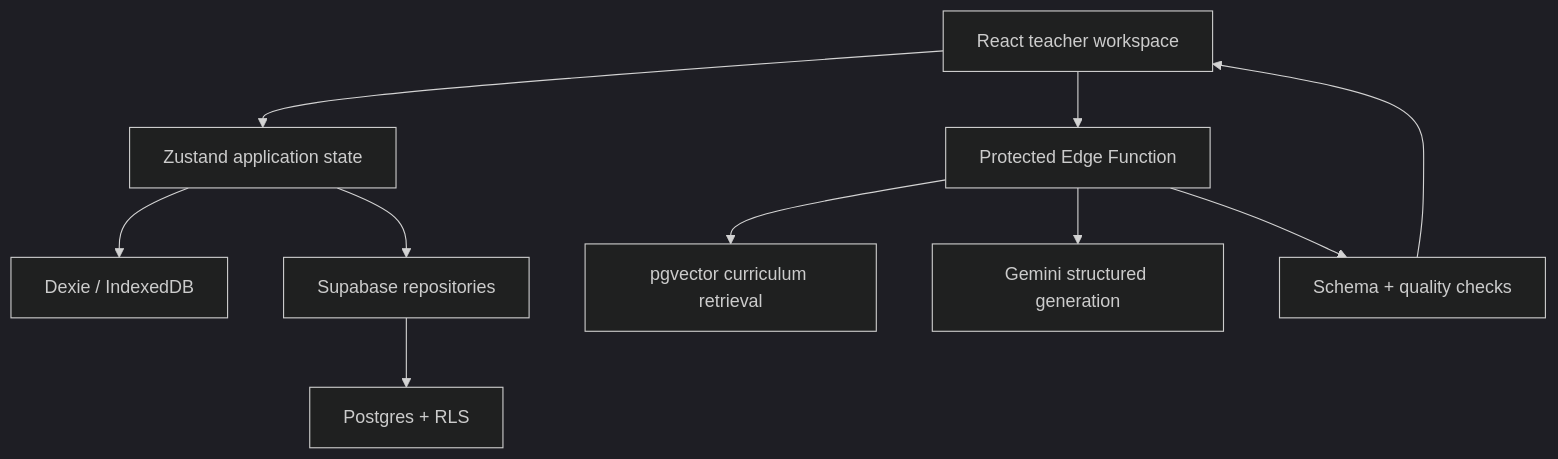
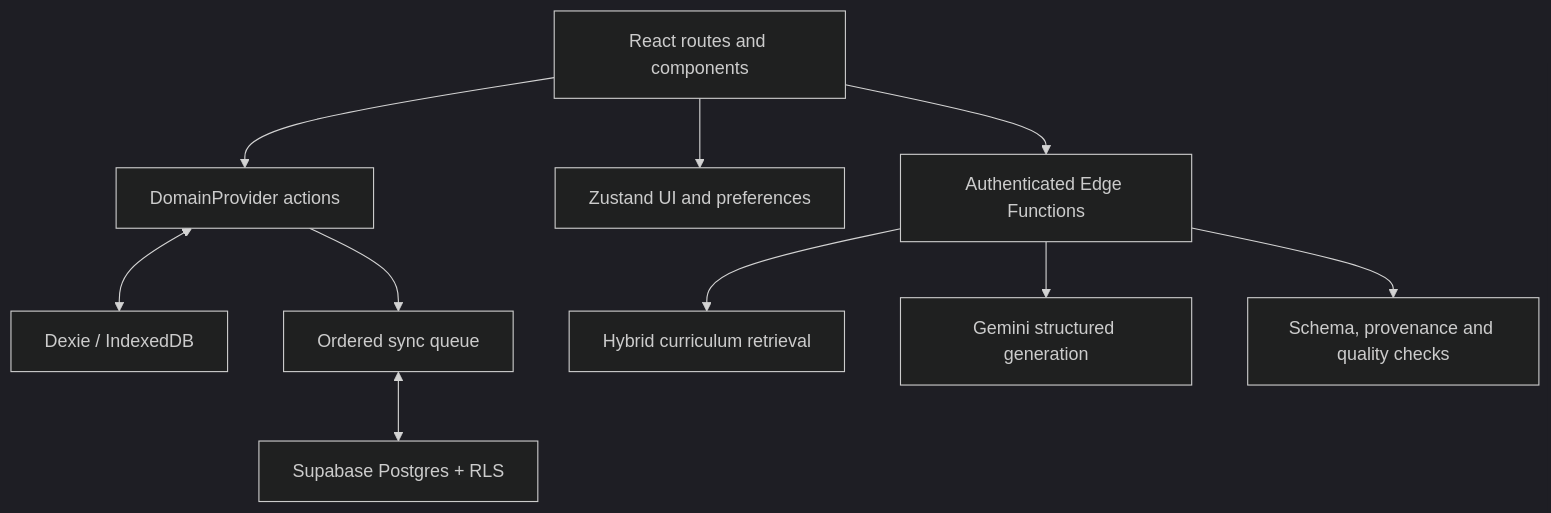
One commit to harshawardhanchitnis/Omnikon_Hackathon_Harshawardhan_Chitnis changed the diagram in README.md. Above: the diagram before and after it, drawn with Mermaid (dark theme). The commit also changed other lines of this file and 85 other files, not shown here.

````diff
--- a/README.md
+++ b/README.md
@@ -86,12 +74,12 @@
 ```mermaid
 flowchart TD
-  UI["React teacher workspace"] --> STORE["Zustand application state"]
-  STORE --> LOCAL["Dexie / IndexedDB"]
-  STORE --> DATA["Supabase repositories"]
-  DATA --> DB["Postgres + RLS"]
-  UI --> EDGE["Protected Edge Function"]
-  EDGE --> RAG["pgvector curriculum retrieval"]
+  UI["React routes and components"] --> DOMAIN["DomainProvider actions"]
+  UI --> PREFS["Zustand UI and preferences"]
+  DOMAIN <--> LOCAL["Dexie / IndexedDB"]
+  DOMAIN --> QUEUE["Ordered sync queue"]
+  QUEUE <--> DB["Supabase Postgres + RLS"]
+  UI --> EDGE["Authenticated Edge Functions"]
+  EDGE --> RAG["Hybrid curriculum retrieval"]
   EDGE --> AI["Gemini structured generation"]
-  EDGE --> CHECKS["Schema + quality checks"]
-  CHECKS --> UI
+  EDGE --> CHECKS["Schema, provenance and quality checks"]
 ```
````
